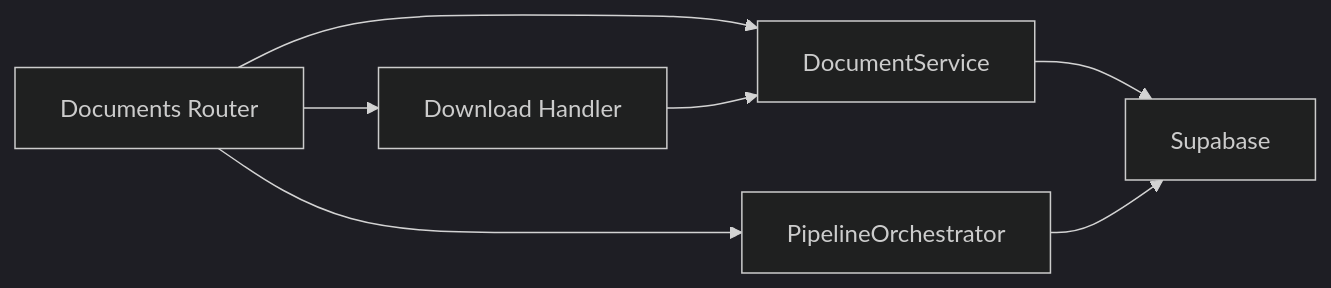
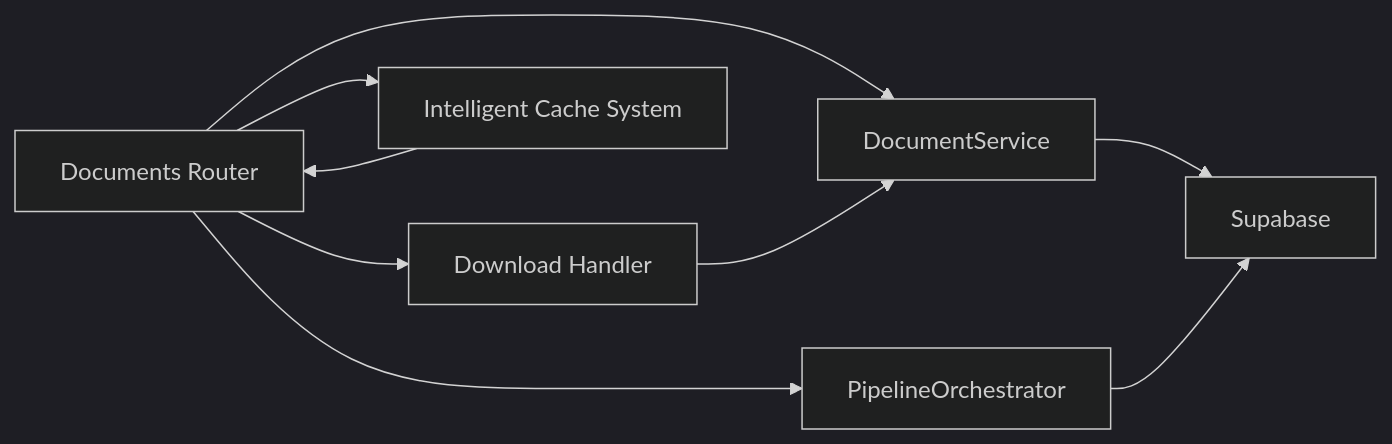
The fourth of 4 diagrams in .qoder/repowiki/en/content/API Reference/Document Processing Endpoints.md (rohitkumarnaidu/-Auto-AI-Automated-Academic-Docx-Manuscript-Formatter), drawn with Mermaid (dark theme) before and after one commit. The commit also changed other lines of this file and 160 other files, not shown here.

````diff
--- a/.qoder/repowiki/en/content/API Reference/Document Processing Endpoints.md
+++ b/.qoder/repowiki/en/content/API Reference/Document Processing Endpoints.md
@@ -348,9 +422,11 @@
 ```mermaid
 graph LR
 R["Documents Router"] --> S["DocumentService"]
 R --> O["PipelineOrchestrator"]
 S --> DB["Supabase"]
 O --> DB
 R --> DL["Download Handler"]
 DL --> S
+R --> C["Intelligent Cache System"]
+C --> R
 ```
````
